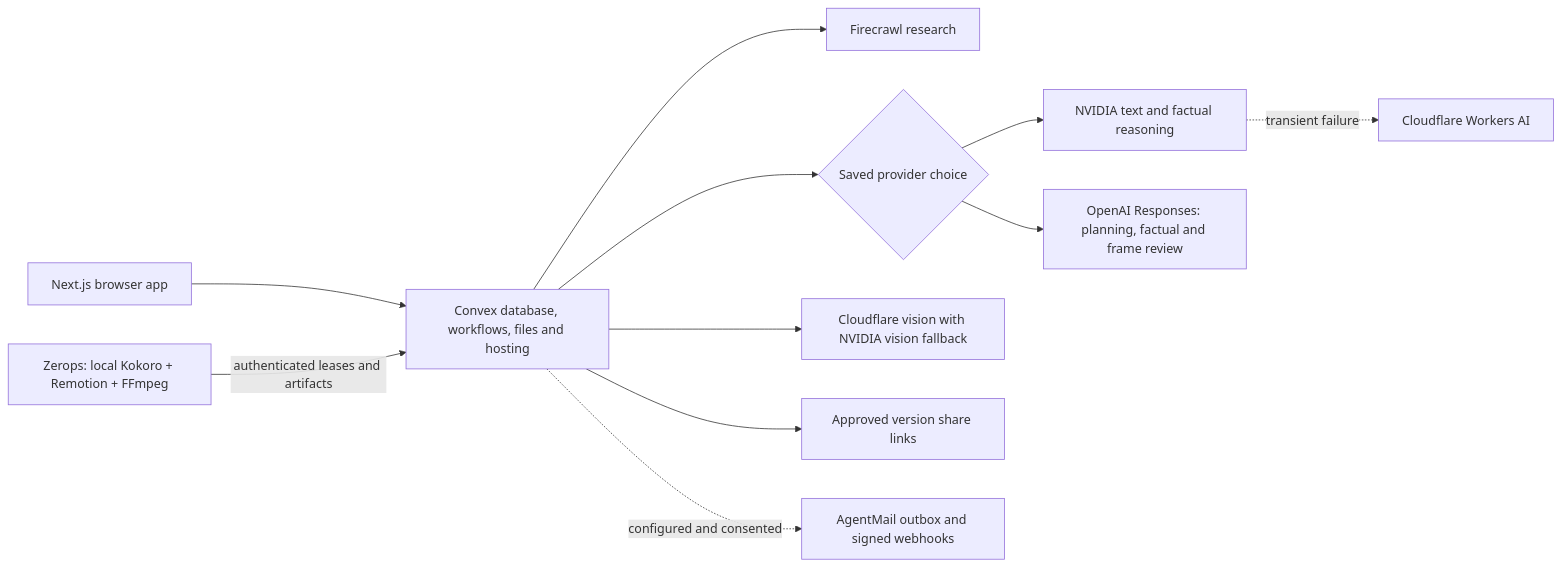
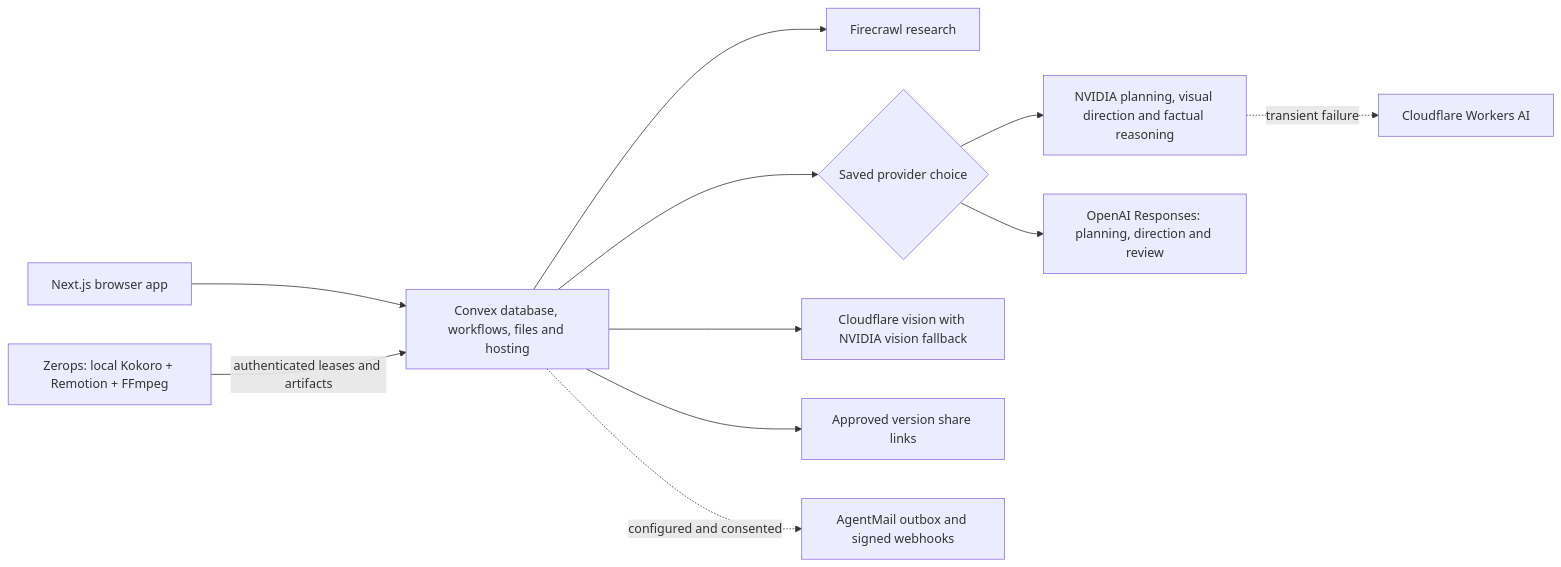
One commit to Avinash1286/explainer-studio changed the diagram in docs/release-operations.md. Above: the diagram before and after it, drawn with Mermaid. The commit also changed other lines of this file and 38 other files, not shown here.

````diff
--- a/docs/release-operations.md
+++ b/docs/release-operations.md
@@ -5,13 +7,13 @@
 ```mermaid
 flowchart LR
   Browser[Next.js browser app] --> Convex[Convex database, workflows, files and hosting]
   Convex --> Research[Firecrawl research]
   Convex --> Choice{Saved provider choice}
-  Choice --> Text[NVIDIA text and factual reasoning]
-  Choice --> OpenAI[OpenAI Responses: planning, factual and frame review]
+  Choice --> Text[NVIDIA planning, visual direction and factual reasoning]
+  Choice --> OpenAI[OpenAI Responses: planning, direction and review]
   Text -. transient failure .-> CF[Cloudflare Workers AI]
   Convex --> Vision[Cloudflare vision with NVIDIA vision fallback]
   Worker[Zerops: local Kokoro + Remotion + FFmpeg] -->|authenticated leases and artifacts| Convex
   Convex --> Share[Approved version share links]
   Convex -. configured and consented .-> Mail[AgentMail outbox and signed webhooks]
 ```
````
